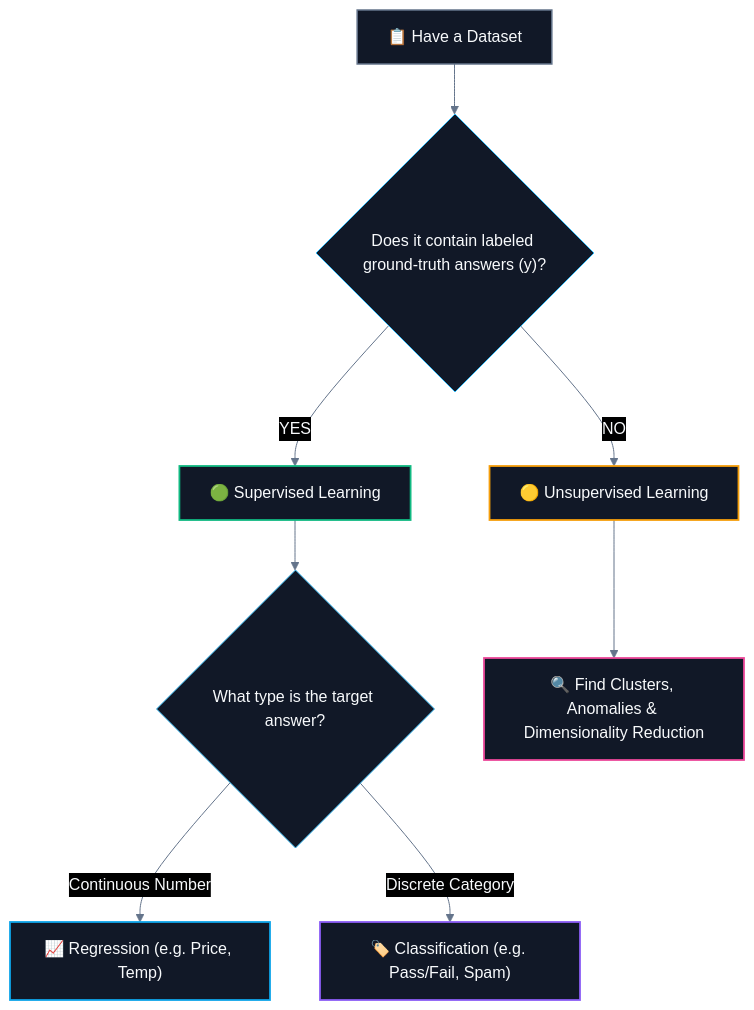
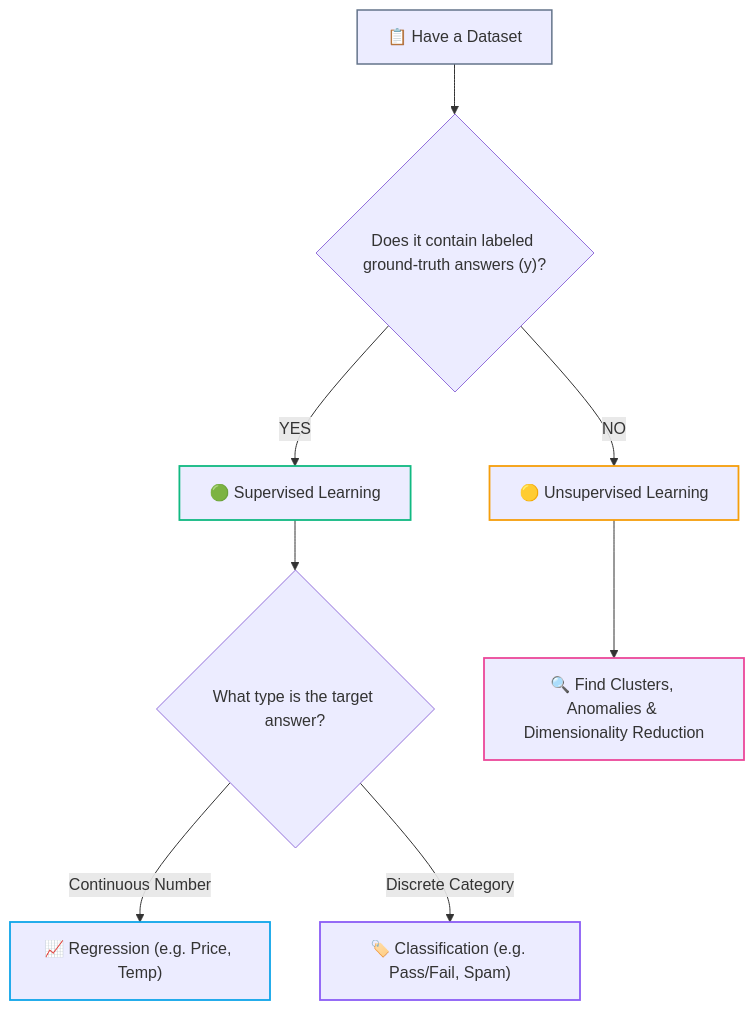
One commit to abhinavbharti2345/CS_Notes changed the second of 2 diagrams in CS/AI & ML/01. Classical ML/02. Supervised vs Unsupervised Learning.md. Above: the diagram before and after it, drawn with Mermaid. The commit also changed other lines of this file and 91 other files, not shown here.

````diff
--- a/CS/AI & ML/01. Classical ML/02. Supervised vs Unsupervised Learning.md
+++ b/CS/AI & ML/01. Classical ML/02. Supervised vs Unsupervised Learning.md
@@ -144,28 +143,27 @@
 ```mermaid
-%%{init: {'theme': 'base', 'themeVariables': { 'darkMode': true, 'background': '#0B0F14', 'mainBkg': '#111827', 'primaryColor': '#111827', 'primaryTextColor': '#F8FAFC', 'primaryBorderColor': '#38BDF8', 'lineColor': '#64748B', 'secondaryColor': '#0B0F14', 'tertiaryColor': '#0B0F14', 'clusterBkg': '#0B0F14', 'clusterBorder': '#38BDF8' }}}%%
 flowchart TD
     Start["📋 Have a Dataset"] --> Q1{"Does it contain labeled ground-truth answers (y)?"}
     
     Q1 -- YES --> Sup["🟢 Supervised Learning"]
     Q1 -- NO --> Unsup["🟡 Unsupervised Learning"]
     
     Sup --> Q2{"What type is the target answer?"}
     Q2 -- Continuous Number --> Reg["📈 Regression (e.g. Price, Temp)"]
     Q2 -- Discrete Category --> Clf["🏷️ Classification (e.g. Pass/Fail, Spam)"]
     
     Unsup --> Tasks["🔍 Find Clusters, Anomalies & Dimensionality Reduction"]
 
-    classDef start fill:#111827,stroke:#64748b,stroke-width:1.5px,color:#F8FAFC;
-    classDef sup fill:#111827,stroke:#10b981,stroke-width:1.8px,color:#F8FAFC;
-    classDef unsup fill:#111827,stroke:#f59e0b,stroke-width:1.8px,color:#F8FAFC;
-    classDef reg fill:#111827,stroke:#0ea5e9,stroke-width:1.8px,color:#F8FAFC;
-    classDef clf fill:#111827,stroke:#8b5cf6,stroke-width:1.8px,color:#F8FAFC;
-    classDef tasks fill:#111827,stroke:#ec4899,stroke-width:1.8px,color:#F8FAFC;
+    classDef start stroke:#64748b,stroke-width:1.5px;
+    classDef sup stroke:#10b981,stroke-width:1.8px;
+    classDef unsup stroke:#f59e0b,stroke-width:1.8px;
+    classDef reg stroke:#0ea5e9,stroke-width:1.8px;
+    classDef clf stroke:#8b5cf6,stroke-width:1.8px;
+    classDef tasks stroke:#ec4899,stroke-width:1.8px;
 
     class Start start;
     class Sup sup;
     class Unsup unsup;
     class Reg reg;
     class Clf clf;
     class Tasks tasks;
 ```
````
